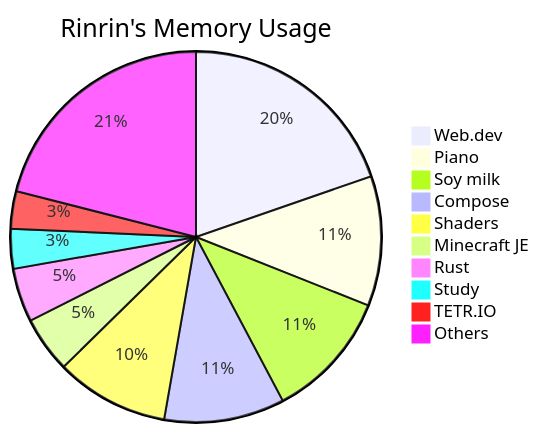
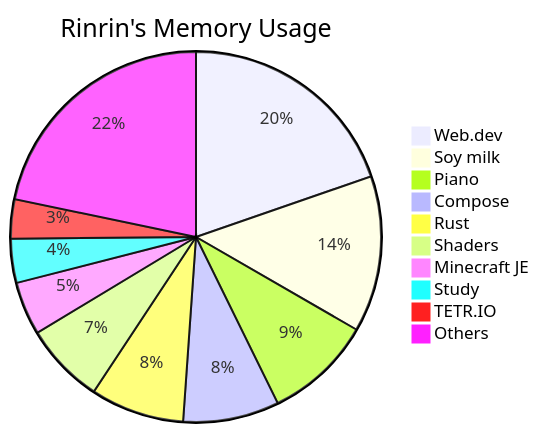
Before and after one commit to Rinrin0413/Rinrin0413: the diagram in README.md, drawn with Mermaid.

Commit message:
🛠 Update: Rinrin's Memory Usage

````diff
--- a/README.md
+++ b/README.md
@@ -76,13 +76,13 @@
 ```mermaid
 pie title Rinrin's Memory Usage
-    "Web.dev": 193
-    "Piano": 111
-    "Soy milk": 110
-    "Compose": 103
-    "Shaders": 97
-    "Minecraft JE": 48
-    "Rust": 46
-    "Study": 34
-    "TETR.IO": 32
-    "Others": 206
+    "Web.dev": 195
+    "Soy milk": 135
+    "Piano": 93
+    "Compose": 83
+    "Rust": 81
+    "Shaders": 70
+    "Minecraft JE": 46
+    "Study": 38
+    "TETR.IO": 34
+    "Others": 215
 ```
````
